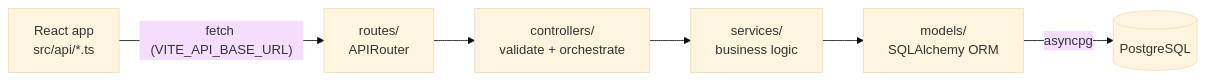
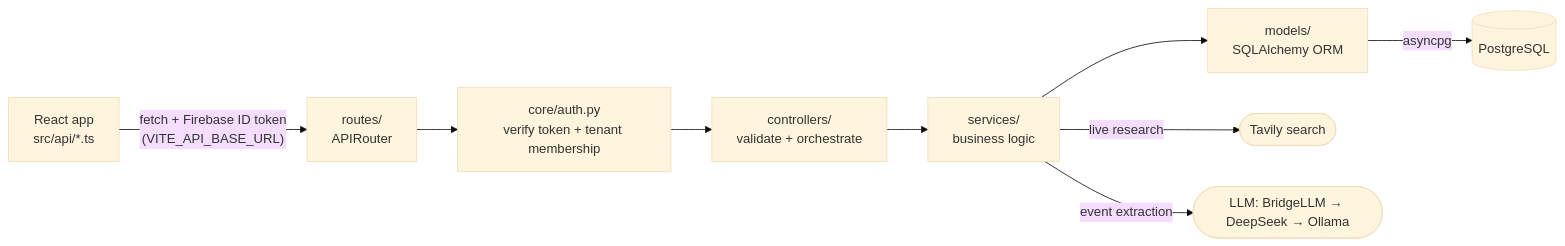
Before and after one commit to nerve-sparks/Sales-Intelligence-Agent: the first of 2 diagrams in README.md, drawn with Mermaid (base theme). The commit also changed other lines of this file and 36 other files, not shown here.

````diff
--- a/README.md
+++ b/README.md
@@ -30,8 +45,11 @@
 ```mermaid
 graph LR
-    A["React app<br/>src/api/*.ts"] -->|"fetch (VITE_API_BASE_URL)"| B["routes/<br/>APIRouter"]
-    B --> C["controllers/<br/>validate + orchestrate"]
-    C --> D["services/<br/>business logic"]
-    D --> E["models/<br/>SQLAlchemy ORM"]
-    E -->|asyncpg| F[("PostgreSQL")]
+    A["React app<br/>src/api/*.ts"] -->|"fetch + Firebase ID token<br/>(VITE_API_BASE_URL)"| B["routes/<br/>APIRouter"]
+    B --> C["core/auth.py<br/>verify token + tenant membership"]
+    C --> D["controllers/<br/>validate + orchestrate"]
+    D --> E["services/<br/>business logic"]
+    E --> F["models/<br/>SQLAlchemy ORM"]
+    F -->|asyncpg| G[("PostgreSQL")]
+    E -->|"live research"| H(["Tavily search"])
+    E -->|"event extraction"| I(["LLM: BridgeLLM → DeepSeek → Ollama"])
 ```
````
